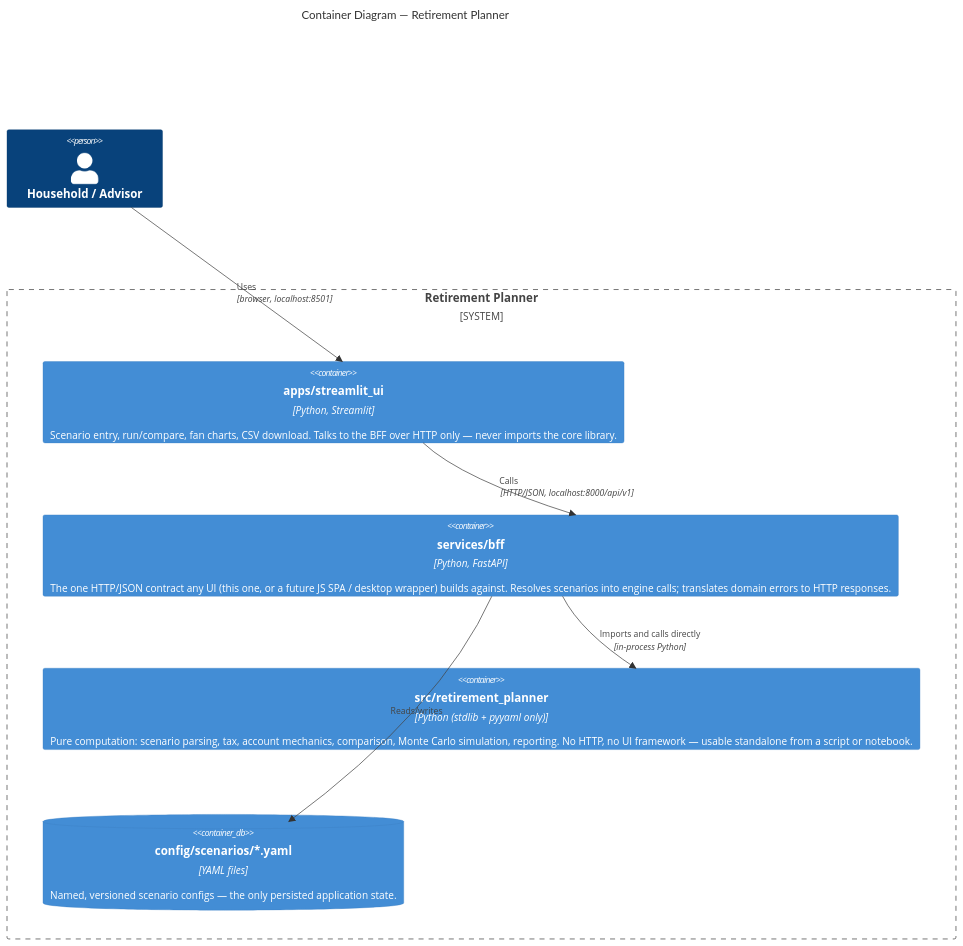
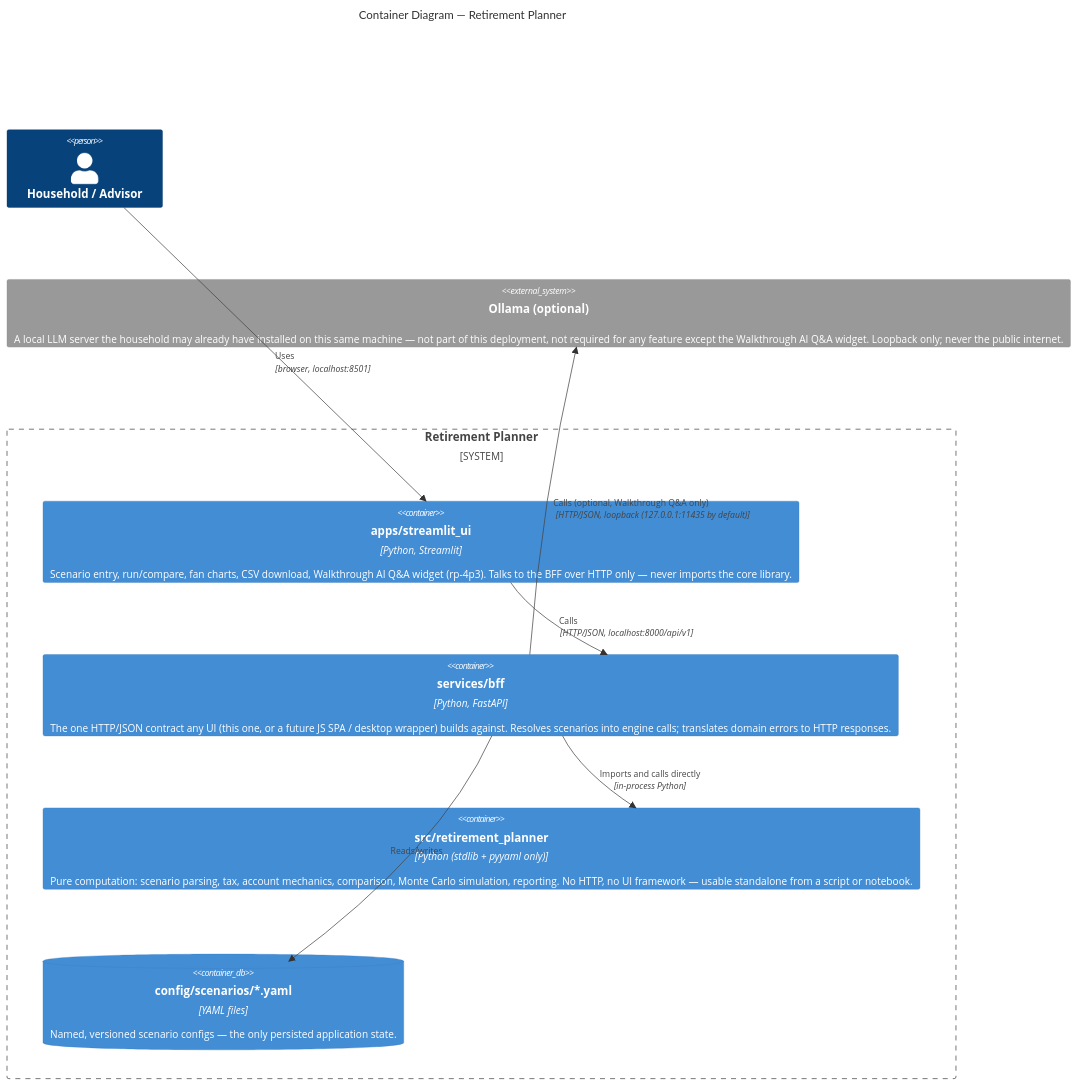
One commit to muirjc/retirement-planner changed the second of 7 diagrams in docs/SOLUTION_ARCHITECTURE.md. Above: the diagram before and after it, drawn with Mermaid. The commit also changed other lines of this file and 2 other files, not shown here.

First line of the commit message:
docs(rp): Walkthrough AI Q&A architecture + BRD documentation (rp-4p3.4) (#63)

````diff
--- a/docs/SOLUTION_ARCHITECTURE.md
+++ b/docs/SOLUTION_ARCHITECTURE.md
@@ -54,18 +54,21 @@
 ```mermaid
 C4Container
     title Container Diagram — Retirement Planner
 
     Person(user, "Household / Advisor")
 
     System_Boundary(rp, "Retirement Planner") {
-        Container(ui, "apps/streamlit_ui", "Python, Streamlit", "Scenario entry, run/compare, fan charts, CSV download. Talks to the BFF over HTTP only — never imports the core library.")
+        Container(ui, "apps/streamlit_ui", "Python, Streamlit", "Scenario entry, run/compare, fan charts, CSV download, Walkthrough AI Q&A widget (rp-4p3). Talks to the BFF over HTTP only — never imports the core library.")
         Container(bff, "services/bff", "Python, FastAPI", "The one HTTP/JSON contract any UI (this one, or a future JS SPA / desktop wrapper) builds against. Resolves scenarios into engine calls; translates domain errors to HTTP responses.")
         Container(core, "src/retirement_planner", "Python (stdlib + pyyaml only)", "Pure computation: scenario parsing, tax, account mechanics, comparison, Monte Carlo simulation, reporting. No HTTP, no UI framework — usable standalone from a script or notebook.")
         ContainerDb(scenarios, "config/scenarios/*.yaml", "YAML files", "Named, versioned scenario configs — the only persisted application state.")
     }
 
+    System_Ext(ollama, "Ollama (optional)", "A local LLM server the household may already have installed on this same machine — not part of this deployment, not required for any feature except the Walkthrough AI Q&A widget. Loopback only; never the public internet.")
+
     Rel(user, ui, "Uses", "browser, localhost:8501")
     Rel(ui, bff, "Calls", "HTTP/JSON, localhost:8000/api/v1")
     Rel(bff, core, "Imports and calls directly", "in-process Python")
     Rel(bff, scenarios, "Reads/writes")
+    Rel(bff, ollama, "Calls (optional, Walkthrough Q&A only)", "HTTP/JSON, loopback (127.0.0.1:11435 by default)")
 ```
````
